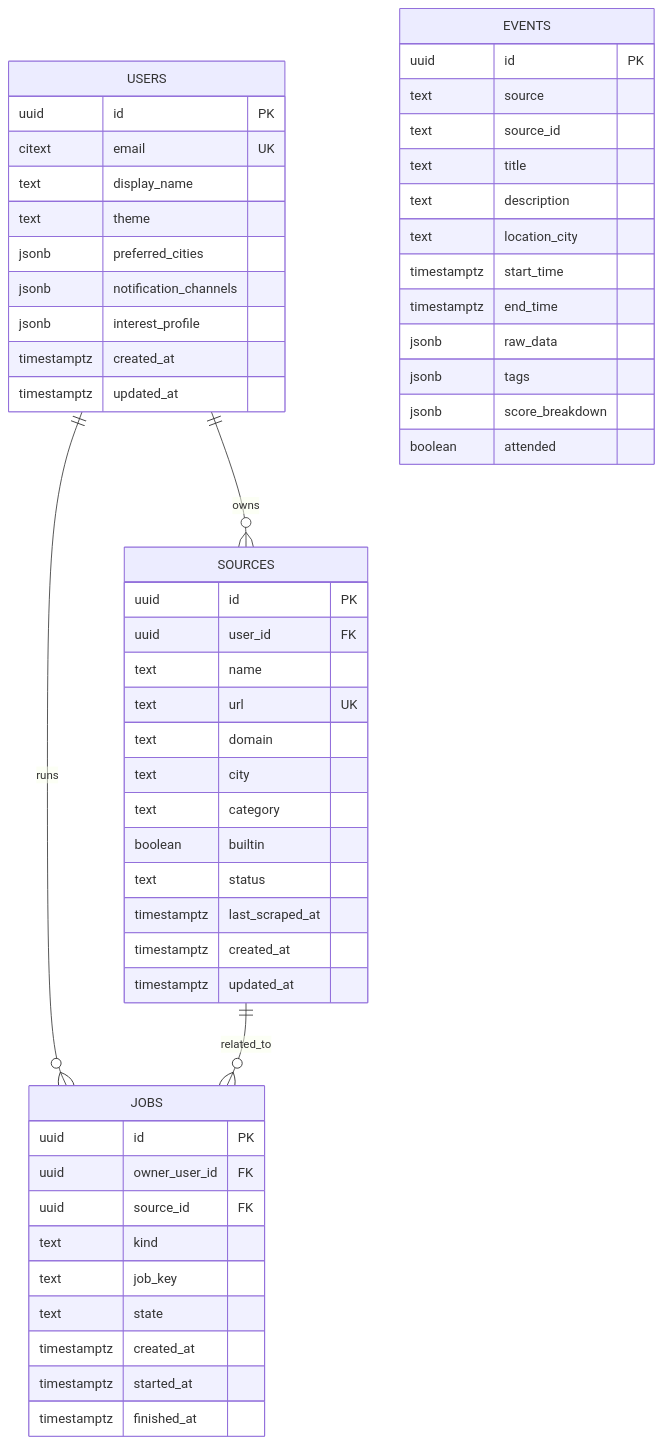
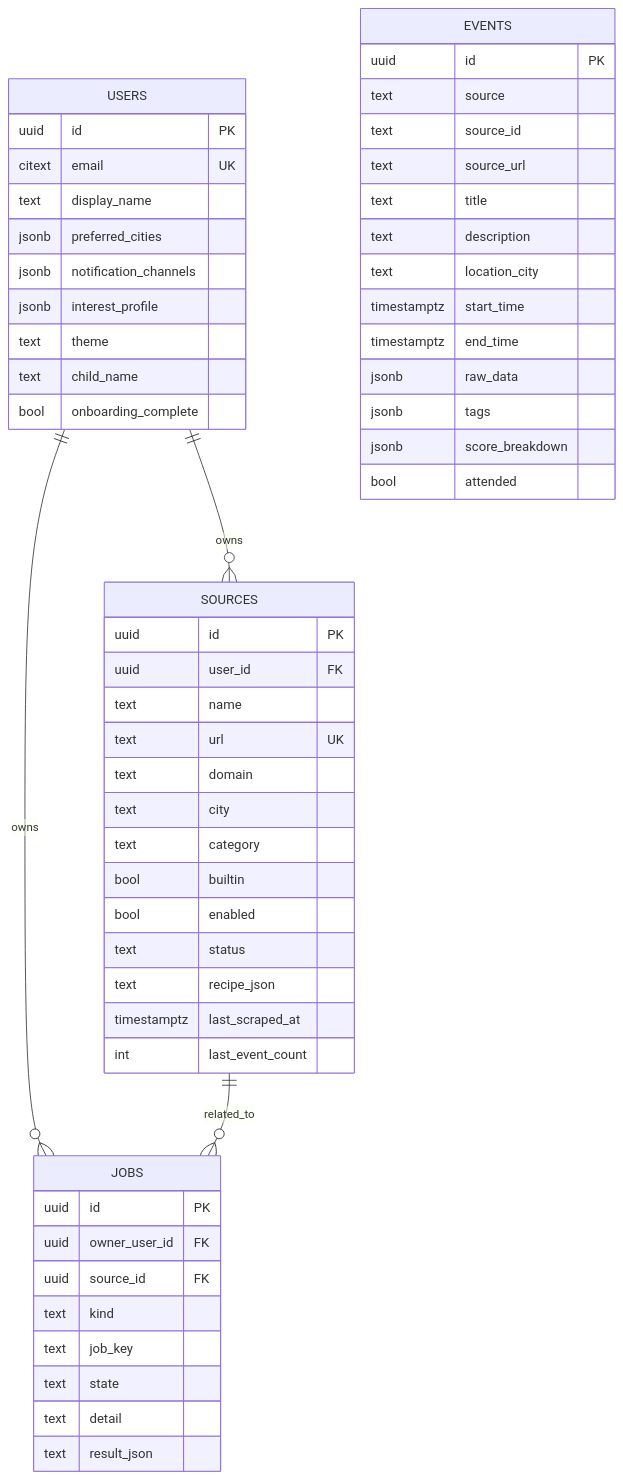
Before and after one commit to HexSleeves/family-events: the second of 3 diagrams in docs/architecture.md, drawn with Mermaid. The commit also changed other lines of this file and 5 other files, not shown here.

````diff
--- a/docs/architecture.md
+++ b/docs/architecture.md
@@ -144,60 +119,61 @@
 ```mermaid
 erDiagram
+    USERS ||--o{ SOURCES : owns
+    USERS ||--o{ JOBS : owns
+    SOURCES ||--o{ JOBS : related_to
+
     USERS {
         uuid id PK
         citext email UK
         text display_name
-        text theme
         jsonb preferred_cities
         jsonb notification_channels
         jsonb interest_profile
-        timestamptz created_at
-        timestamptz updated_at
+        text theme
+        text child_name
+        bool onboarding_complete
     }
 
     SOURCES {
         uuid id PK
         uuid user_id FK
         text name
         text url UK
         text domain
         text city
         text category
-        boolean builtin
+        bool builtin
+        bool enabled
         text status
+        text recipe_json
         timestamptz last_scraped_at
-        timestamptz created_at
-        timestamptz updated_at
+        int last_event_count
     }
 
     EVENTS {
         uuid id PK
         text source
         text source_id
+        text source_url
         text title
         text description
         text location_city
         timestamptz start_time
         timestamptz end_time
         jsonb raw_data
         jsonb tags
         jsonb score_breakdown
-        boolean attended
+        bool attended
     }
 
     JOBS {
         uuid id PK
         uuid owner_user_id FK
         uuid source_id FK
         text kind
         text job_key
         text state
-        timestamptz created_at
-        timestamptz started_at
-        timestamptz finished_at
+        text detail
+        text result_json
     }
-
-    USERS ||--o{ SOURCES : owns
-    USERS ||--o{ JOBS : runs
-    SOURCES ||--o{ JOBS : related_to
 ```
````
